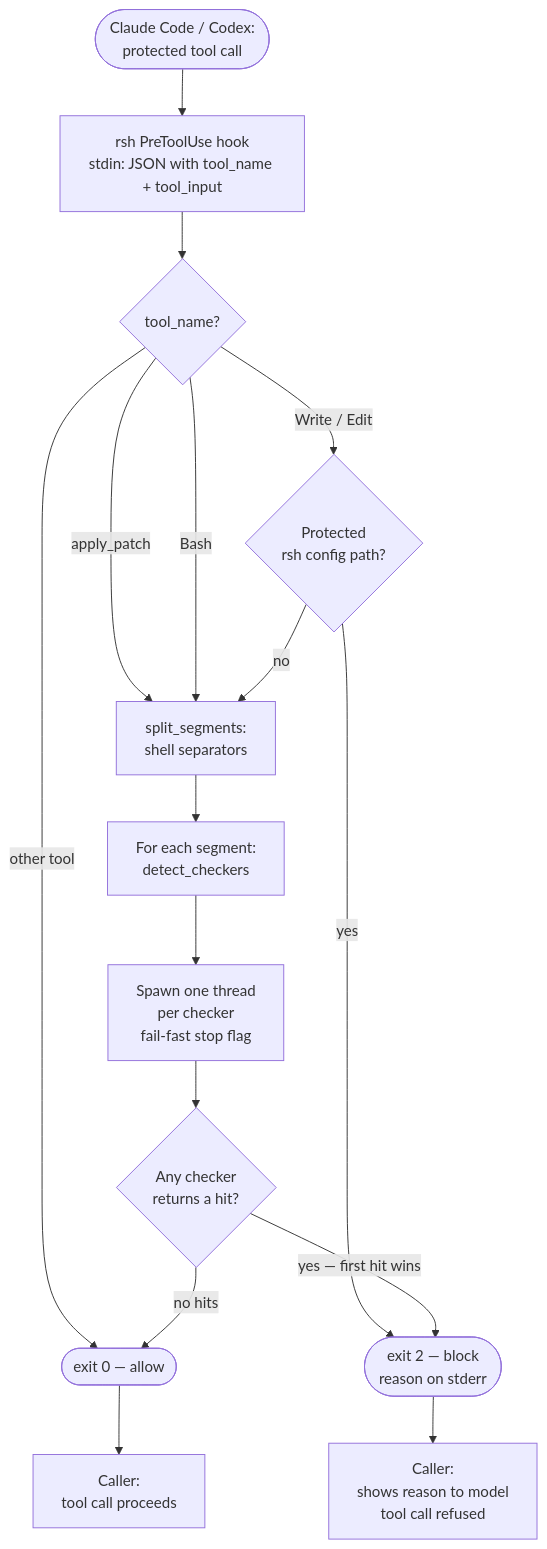
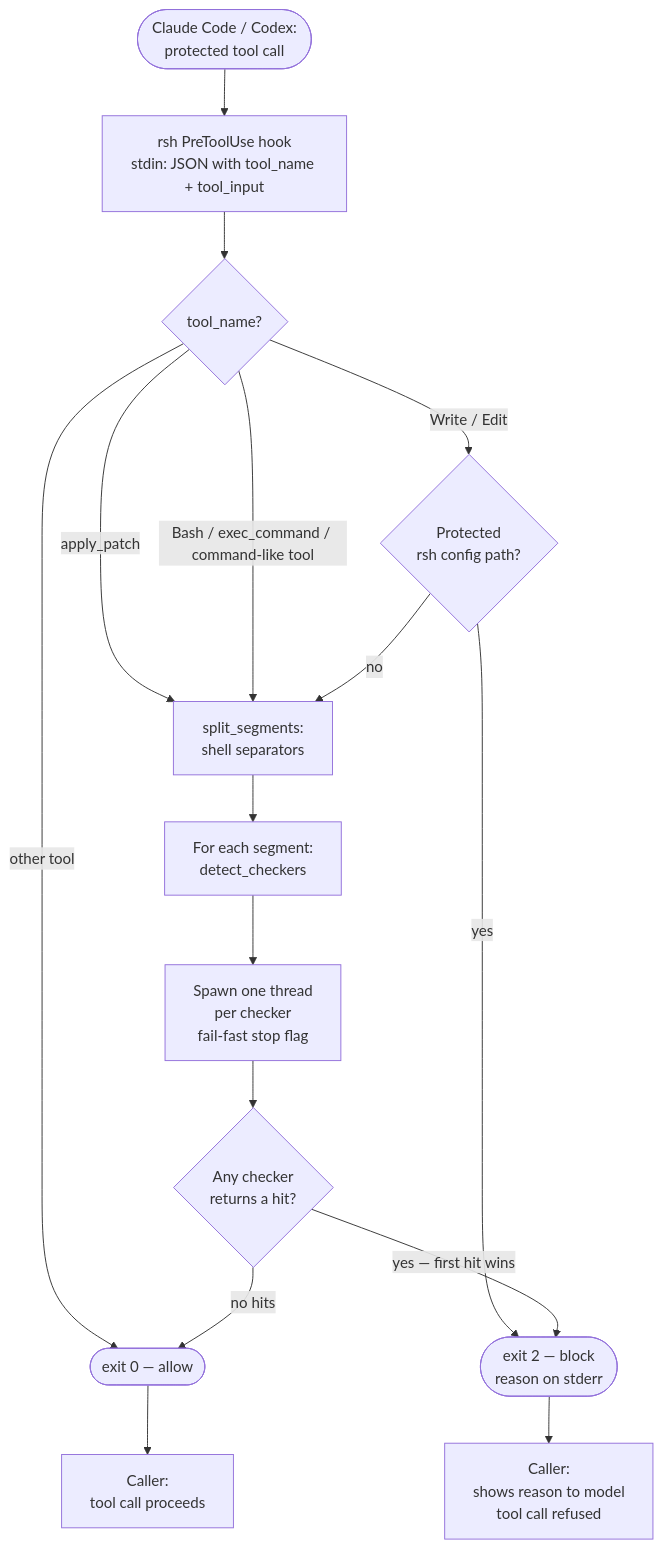
The diagram in docs/index.md (thePermission/RustSecurityHook), drawn with Mermaid before and after one commit. The commit also changed other lines of this file and 7 other files, not shown here.

````diff
--- a/docs/index.md
+++ b/docs/index.md
@@ -26,24 +27,24 @@
 ```mermaid
 flowchart TD
     A([Claude Code / Codex:\nprotected tool call]) --> B[rsh PreToolUse hook\nstdin: JSON with tool_name + tool_input]
     B --> C{tool_name?}
     C -->|other tool| ALLOW([exit 0 — allow])
     C -->|Write / Edit| W1{Protected\nrsh config path?}
     C -->|apply_patch| D
-    C -->|Bash| D[split_segments:\nshell separators]
+    C -->|Bash / exec_command / command-like tool| D[split_segments:\nshell separators]
 
     W1 -->|yes| BLOCK
     W1 -->|no| D
 
     D --> E[For each segment:\ndetect_checkers]
 
     E --> F[Spawn one thread\nper checker\nfail-fast stop flag]
 
     F --> G{Any checker\nreturns a hit?}
 
     G -->|yes — first hit wins| BLOCK([exit 2 — block\nreason on stderr])
     G -->|no hits| ALLOW
 
     BLOCK --> CC[Caller:\nshows reason to model\ntool call refused]
     ALLOW --> CC2[Caller:\ntool call proceeds]
 ```
````
